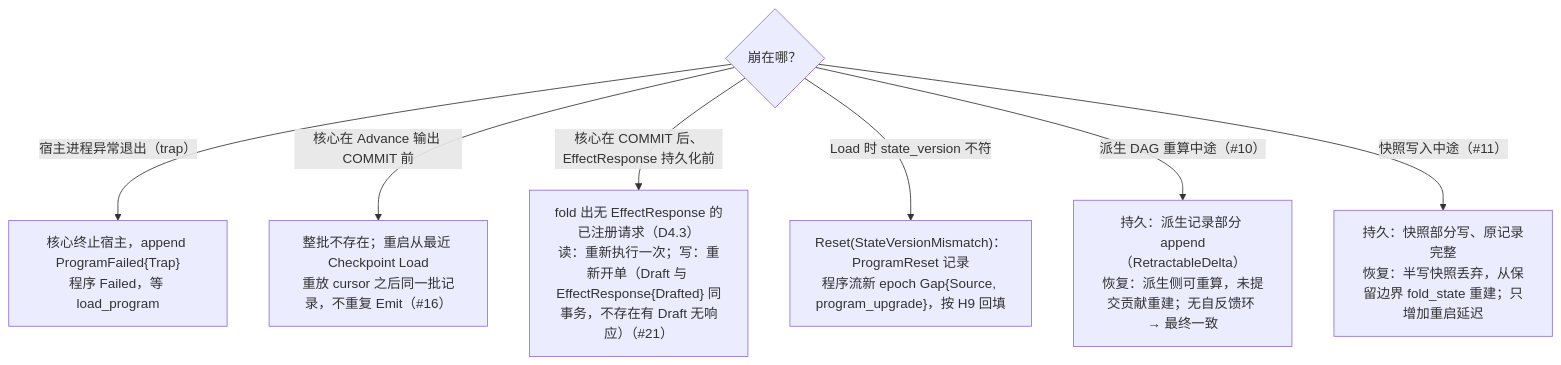
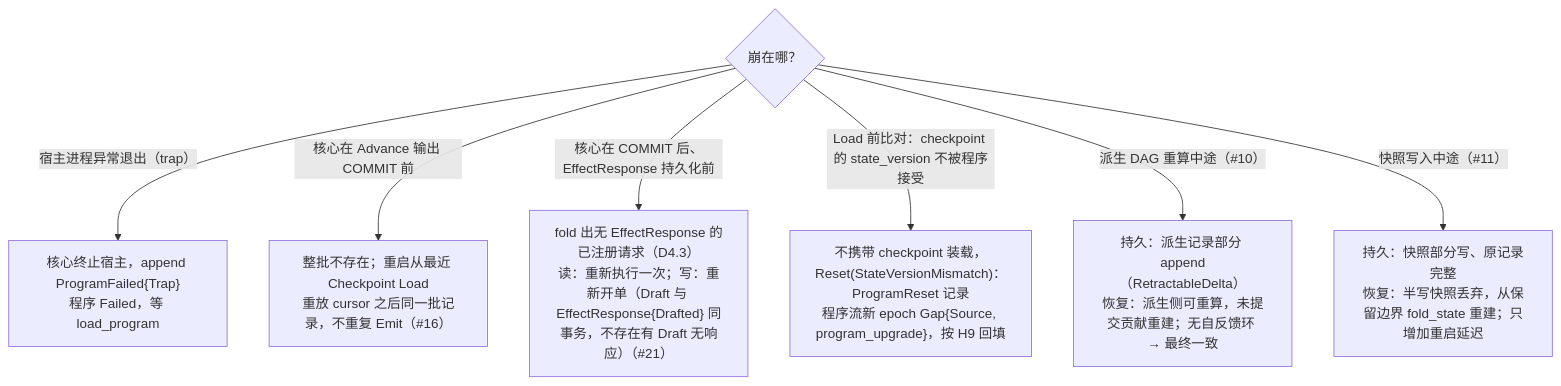
One commit to mouriya-s-lab/uta changed the fourth of 4 diagrams in design/diagrams/07-crash-recovery.md. Above: the diagram before and after it, drawn with Mermaid. The commit also changed other lines of this file and 13 other files, not shown here.

First line of the commit message:
design: align text and diagrams with upstream-authority amendment after full read

````diff
--- a/design/diagrams/07-crash-recovery.md
+++ b/design/diagrams/07-crash-recovery.md
@@ -106,10 +106,10 @@
 ```mermaid
 flowchart TB
   Q{"崩在哪？"}
   Q -->|"宿主进程异常退出（trap）"| T1["核心终止宿主，append ProgramFailed{Trap}<br/>程序 Failed，等 load_program"]
   Q -->|"核心在 Advance 输出 COMMIT 前"| T2["整批不存在；重启从最近 Checkpoint Load<br/>重放 cursor 之后同一批记录，不重复 Emit（#16）"]
   Q -->|"核心在 COMMIT 后、EffectResponse 持久化前"| T3["fold 出无 EffectResponse 的已注册请求（D4.3）<br/>读：重新执行一次；写：重新开单（Draft 与 EffectResponse{Drafted} 同事务，不存在有 Draft 无响应）（#21）"]
-  Q -->|"Load 时 state_version 不符"| T4["Reset(StateVersionMismatch)：ProgramReset 记录<br/>程序流新 epoch Gap{Source, program_upgrade}，按 H9 回填"]
+  Q -->|"Load 前比对：checkpoint 的 state_version 不被程序接受"| T4["不携带 checkpoint 装载，Reset(StateVersionMismatch)：ProgramReset 记录<br/>程序流新 epoch Gap{Source, program_upgrade}，按 H9 回填"]
   Q -->|"派生 DAG 重算中途（#10）"| T5["持久：派生记录部分 append（RetractableDelta）<br/>恢复：派生侧可重算，未提交贡献重建；无自反馈环 → 最终一致"]
   Q -->|"快照写入中途（#11）"| T6["持久：快照部分写、原记录完整<br/>恢复：半写快照丢弃，从保留边界 fold_state 重建；只增加重启延迟"]
 ```
````
